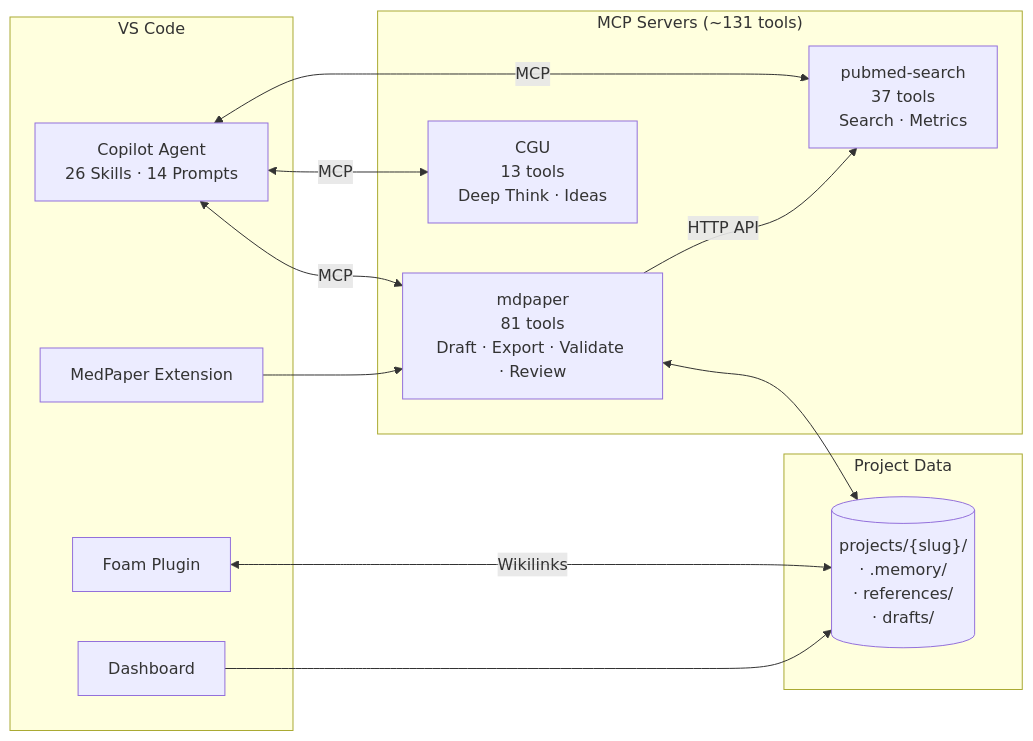
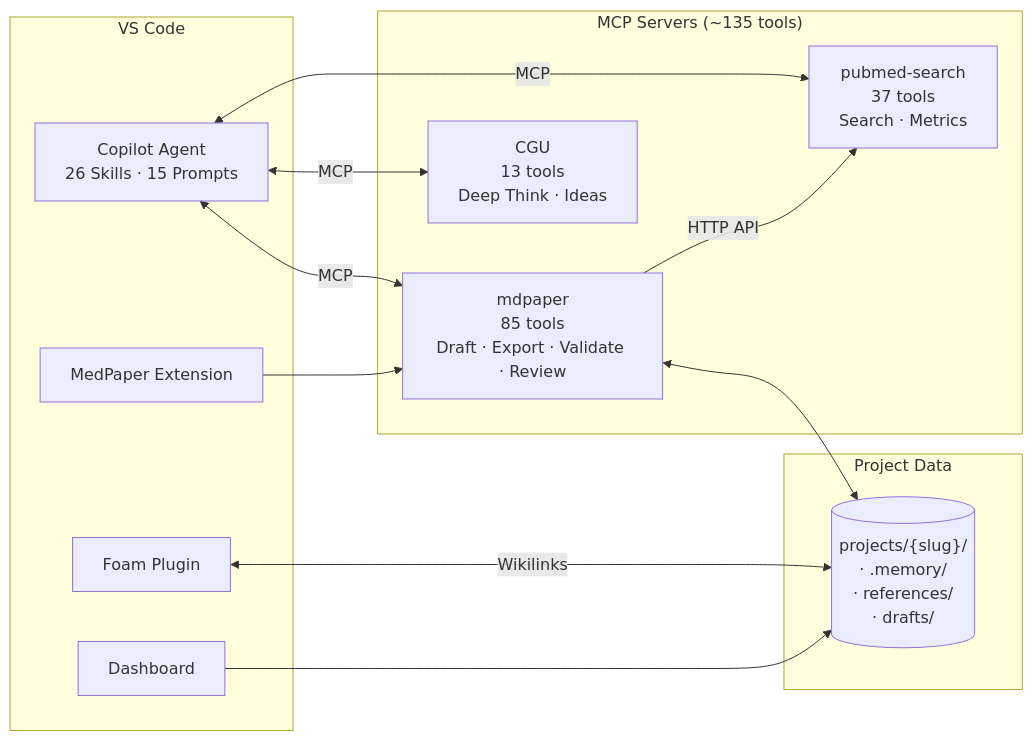
One commit to u9401066/med-paper-assistant changed the diagram in README.md. Above: the diagram before and after it, drawn with Mermaid. The commit also changed other lines of this file and 6 other files, not shown here.

````diff
--- a/README.md
+++ b/README.md
@@ -49,28 +49,28 @@
 ```mermaid
 flowchart LR
     subgraph IDE["VS Code"]
-        Agent["Copilot Agent<br/>26 Skills · 14 Prompts"]
+        Agent["Copilot Agent<br/>26 Skills · 15 Prompts"]
         Foam[Foam Plugin]
         Ext[MedPaper Extension]
         Dash[Dashboard]
     end
 
-    subgraph MCP["MCP Servers (~131 tools)"]
-        mdpaper["mdpaper<br/>81 tools<br/>Draft · Export · Validate · Review"]
+    subgraph MCP["MCP Servers (~135 tools)"]
+        mdpaper["mdpaper<br/>85 tools<br/>Draft · Export · Validate · Review"]
         pubmed["pubmed-search<br/>37 tools<br/>Search · Metrics"]
         cgu["CGU<br/>13 tools<br/>Deep Think · Ideas"]
     end
 
     subgraph Data["Project Data"]
         proj[("projects/{slug}/<br/>· .memory/<br/>· references/<br/>· drafts/")]
     end
 
     Agent <-->|MCP| mdpaper
     Agent <-->|MCP| pubmed
     Agent <-->|MCP| cgu
     mdpaper -->|HTTP API| pubmed
     Foam <-->|Wikilinks| proj
     mdpaper <--> proj
     Ext --> mdpaper
     Dash --> proj
 ```
````
